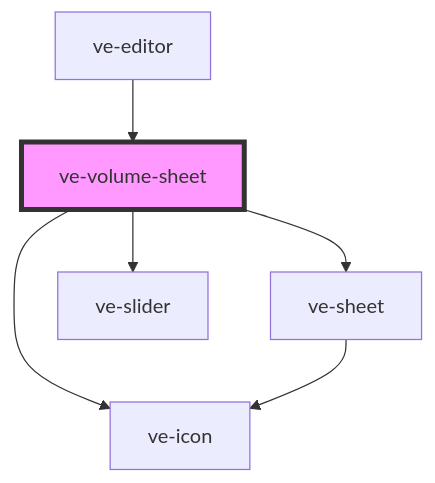
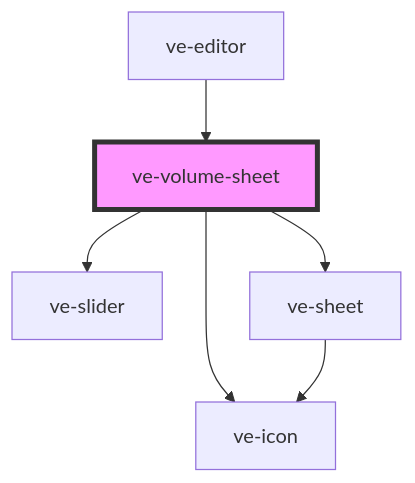
Before and after one commit to dotnetdreamer/capacitor-video-kit: the diagram in src/components/ve-volume-sheet/readme.md, drawn with Mermaid. The commit also changed other lines of this file and 20 other files, not shown here.

````diff
--- a/src/components/ve-volume-sheet/readme.md
+++ b/src/components/ve-volume-sheet/readme.md
@@ -40,9 +42,9 @@
 ```mermaid
 graph TD;
+  ve-volume-sheet --> ve-slider
   ve-volume-sheet --> ve-sheet
   ve-volume-sheet --> ve-icon
-  ve-volume-sheet --> ve-slider
   ve-sheet --> ve-icon
   ve-editor --> ve-volume-sheet
   style ve-volume-sheet fill:#f9f,stroke:#333,stroke-width:4px
 ```
````
